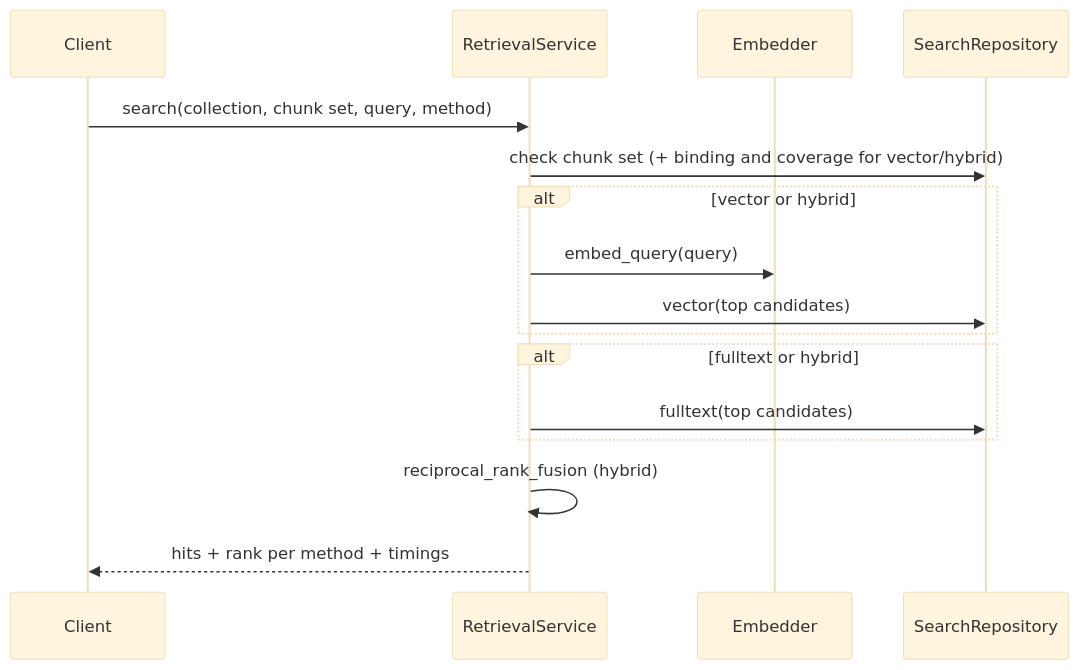
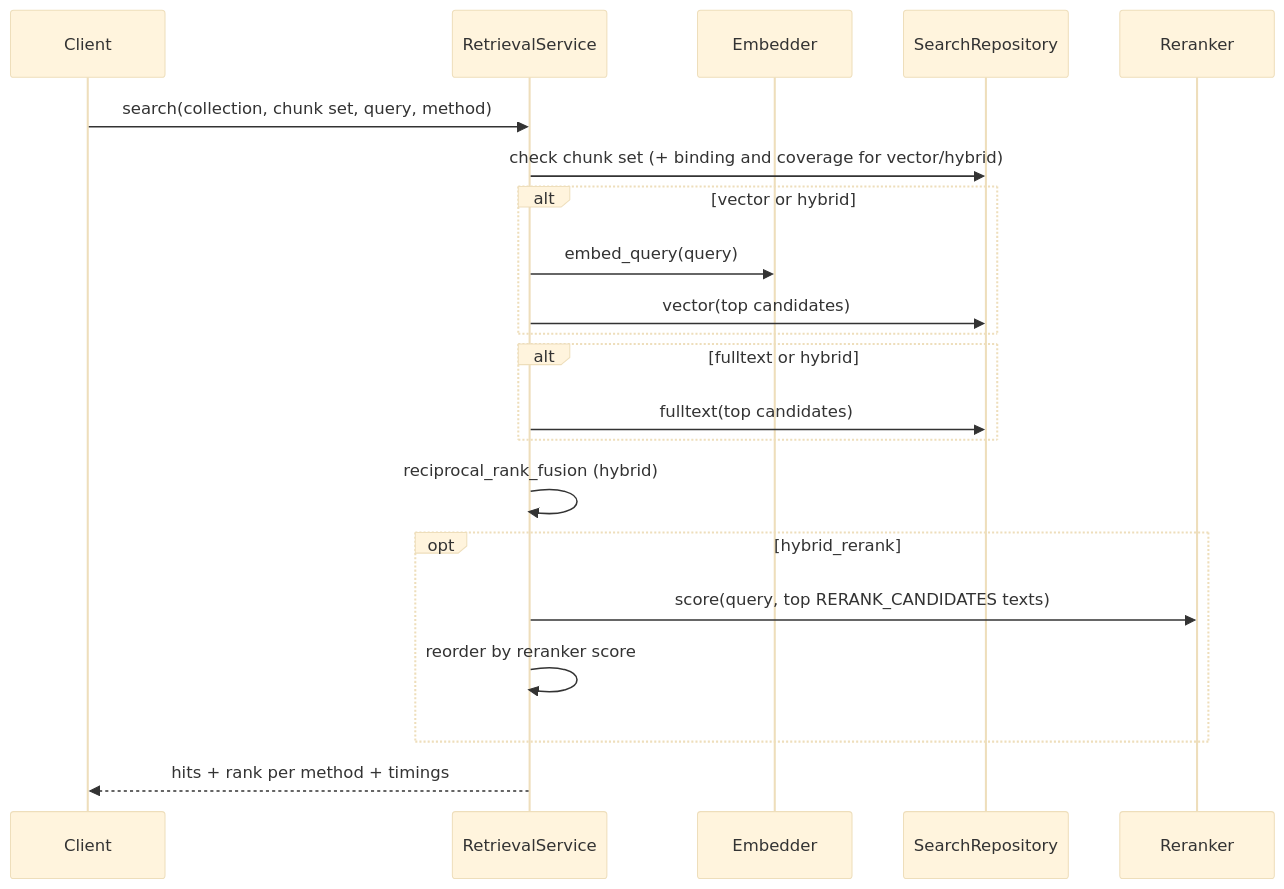
One commit to lutian/RAG-Benchmark-Lab changed the fourth of 4 diagrams in docs/en/architecture.md. Above: the diagram before and after it, drawn with Mermaid (base theme). The commit also changed other lines of this file and 17 other files, not shown here.

````diff
--- a/docs/en/architecture.md
+++ b/docs/en/architecture.md
@@ -90,18 +90,23 @@
 ```mermaid
 sequenceDiagram
     participant C as Client
     participant R as RetrievalService
     participant E as Embedder
     participant DB as SearchRepository
+    participant RR as Reranker
     C->>R: search(collection, chunk set, query, method)
     R->>DB: check chunk set (+ binding and coverage for vector/hybrid)
     alt vector or hybrid
         R->>E: embed_query(query)
         R->>DB: vector(top candidates)
     end
     alt fulltext or hybrid
         R->>DB: fulltext(top candidates)
     end
     R->>R: reciprocal_rank_fusion (hybrid)
+    opt hybrid_rerank
+        R->>RR: score(query, top RERANK_CANDIDATES texts)
+        R->>R: reorder by reranker score
+    end
     R-->>C: hits + rank per method + timings
 ```
````
